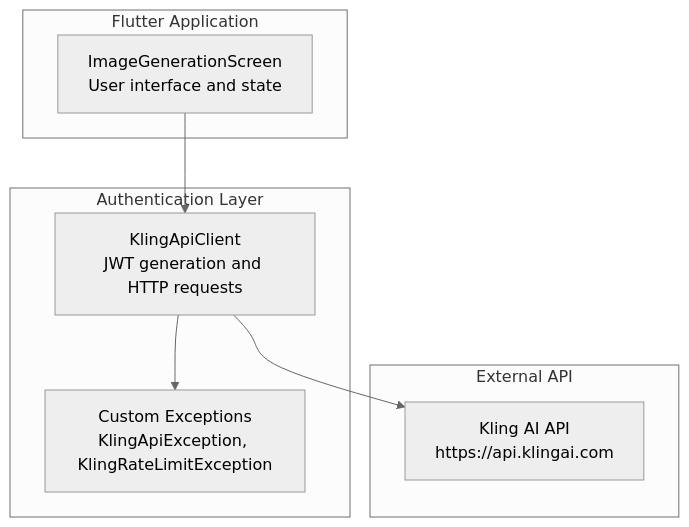
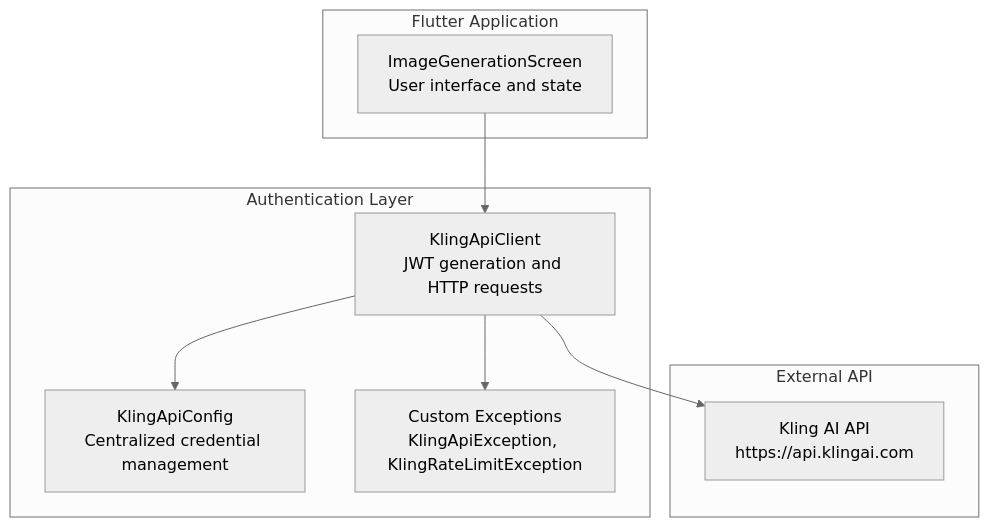
The first of 6 diagrams in .qoder/repowiki/en/content/Core Features/Authentication System.md (cripnail/kling_app), drawn with Mermaid (neutral theme) before and after one commit. The commit also changed other lines of this file and 15 other files, not shown here.

````diff
--- a/.qoder/repowiki/en/content/Core Features/Authentication System.md
+++ b/.qoder/repowiki/en/content/Core Features/Authentication System.md
@@ -28,16 +38,18 @@
 ```mermaid
 graph TB
 subgraph "Flutter Application"
 UI["ImageGenerationScreen<br/>User interface and state"]
 end
 subgraph "Authentication Layer"
 Client["KlingApiClient<br/>JWT generation and HTTP requests"]
+Config["KlingApiConfig<br/>Centralized credential management"]
 Exceptions["Custom Exceptions<br/>KlingApiException, KlingRateLimitException"]
 end
 subgraph "External API"
 API["Kling AI API<br/>https://api.klingai.com"]
 end
 UI --> Client
+Client --> Config
 Client --> Exceptions
 Client --> API
 ```
````
